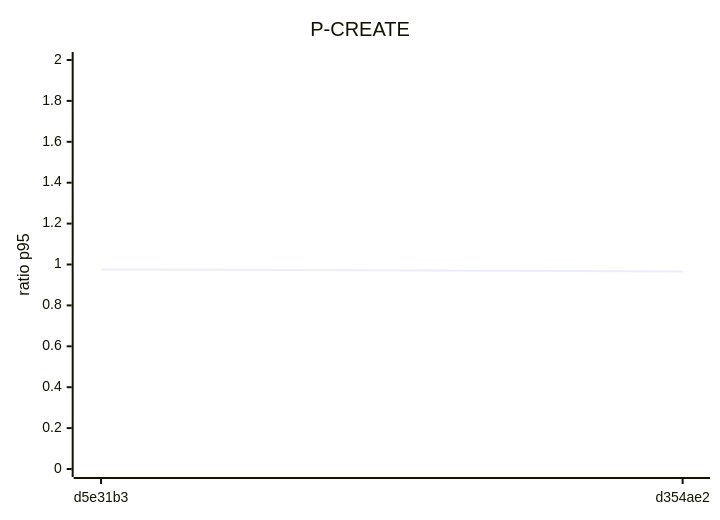
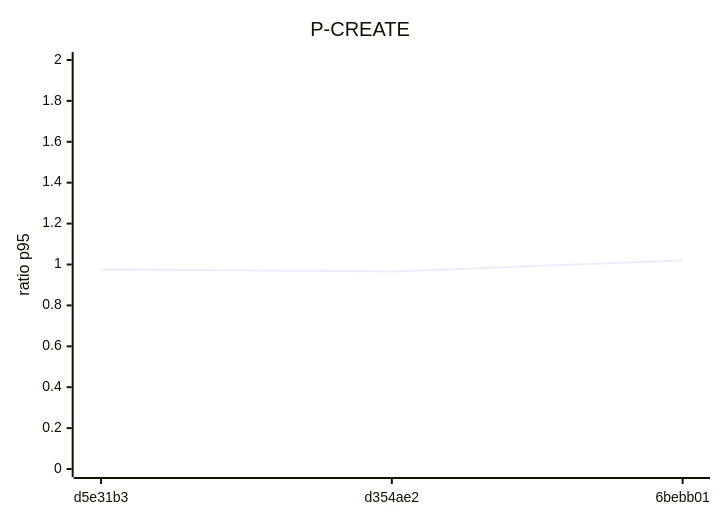
The fifth of 8 diagrams in docs/perf/trend.md (mtromane/expense-io), drawn with Mermaid before and after one commit. The commit also changed other lines of this file and 1 other file, not shown here.

Commit message:
perf: mesure de 6bebb01

````diff
--- a/docs/perf/trend.md
+++ b/docs/perf/trend.md
@@ -48,7 +48,7 @@
 ```mermaid
 xychart-beta
   title "P-CREATE"
-  x-axis ["d5e31b3", "d354ae2"]
+  x-axis ["d5e31b3", "d354ae2", "6bebb01"]
   y-axis "ratio p95" 0 --> 2
-  line [0.976, 0.966]
+  line [0.976, 0.966, 1.02]
 ```
````
